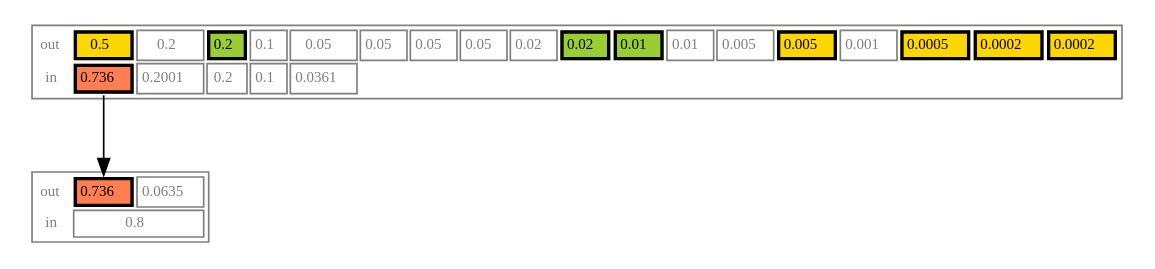
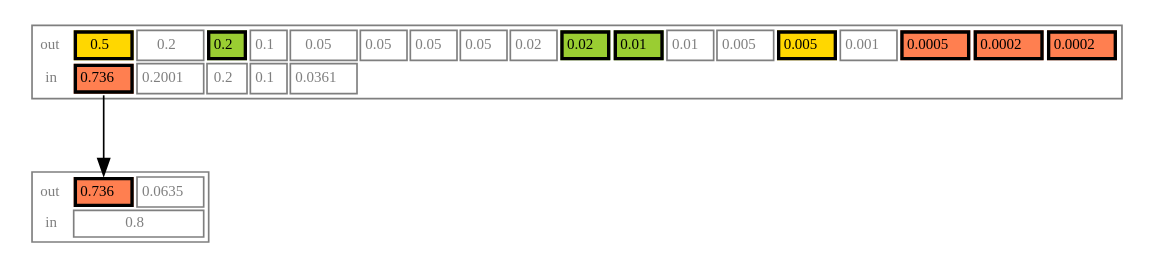
One commit to WalletWasabi/WabiSabi changed the fourth of 22 diagrams in simple_example_graphs.org. Above: the diagram before and after it, drawn with Graphviz. The commit also changed other lines of this file, not shown here.

Commit message:
fixup! Add diagrams to illustrate variety of transaction possibilities.

```diff
--- a/simple_example_graphs.org
+++ b/simple_example_graphs.org
@@ -175,51 +175,51 @@
       #+BEGIN_SRC dot :file diagrams/txs/04.svg
       digraph {
           node [shape=none,fontsize=9,color=grey50,fontcolor=grey50]
 
           mix [
               label =<<table cellspacing="2pt" cellpadding="2pt">
               <tr><td border="0">out</td>
                   <td border="2pt" color="black" bgcolor="gold"><font color="black">0.5</font></td>
                   <td>0.2</td>
                   <td border="2pt" color="black" bgcolor="olivedrab3"><font color="black">0.2</font></td>
                   <td>0.1</td>
                   <td>0.05</td>
                   <td>0.05</td>
                   <td>0.05</td>
                   <td>0.05</td>
                   <td>0.02</td>
                   <td border="2pt" color="black" bgcolor="olivedrab3"><font color="black">0.02</font></td>
                   <td border="2pt" color="black" bgcolor="olivedrab3"><font color="black">0.01</font></td>
                   <td>0.01</td>
                   <td>0.005</td>
                   <td border="2pt" color="black" bgcolor="gold"><font color="black">0.005</font></td>
                   <td>0.001</td>
-                  <td border="2pt" color="black" bgcolor="gold"><font color="black">0.0005</font></td>
-                  <td border="2pt" color="black" bgcolor="gold"><font color="black">0.0002</font></td>
-                  <td border="2pt" color="black" bgcolor="gold"><font color="black">0.0002</font></td>
+                  <td border="2pt" color="black" bgcolor="coral"><font color="black">0.0005</font></td>
+                  <td border="2pt" color="black" bgcolor="coral"><font color="black">0.0002</font></td>
+                  <td border="2pt" color="black" bgcolor="coral"><font color="black">0.0002</font></td>
               </tr>
               <tr><td border="0">in</td>
                   <td port="i01" border="2pt" color="black" bgcolor="coral"><font color="black">0.736</font></td>
                   <td>0.2001</td>
                   <td>0.2</td>
                   <td>0.1</td>
                   <td>0.0361</td>
               </tr>
               </table>>
           ]
 
           receive [
               label =<<table cellspacing="2pt" cellpadding="2pt">
               <tr><td border="0">out</td>
                   <td port="o01" border="2pt" color="black" bgcolor="coral"><font color="black">0.736</font></td>
                   <td>0.0635</td>
               </tr>
               <tr><td border="0">in</td>
                   <td colspan="2">0.8</td>
               </tr>
               </table>>
           ]
 
           mix:i01 -> receive:o01
       }
       #+END_SRC
```
